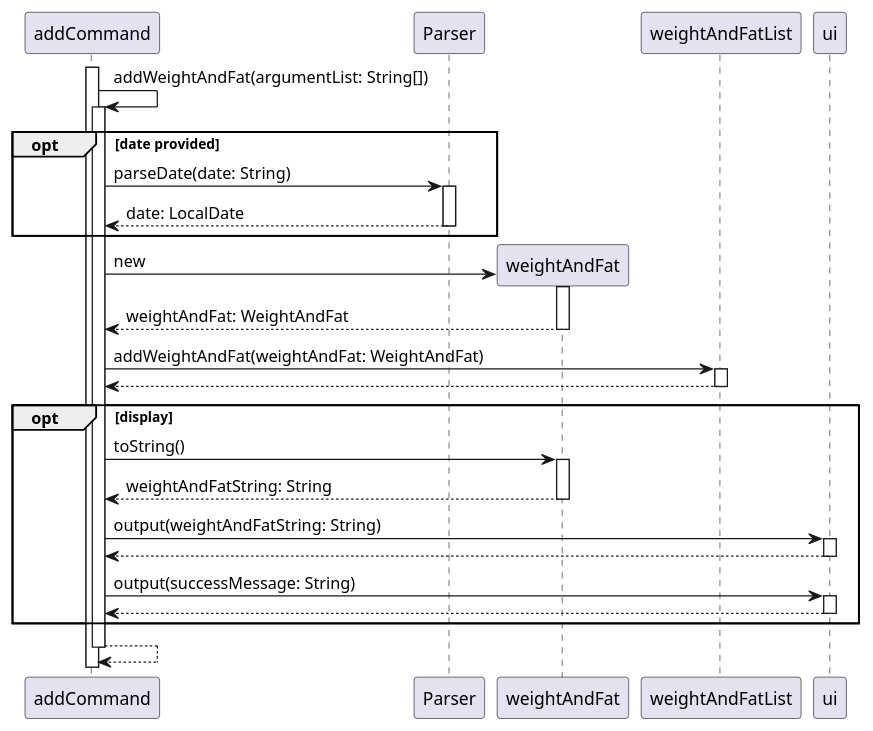
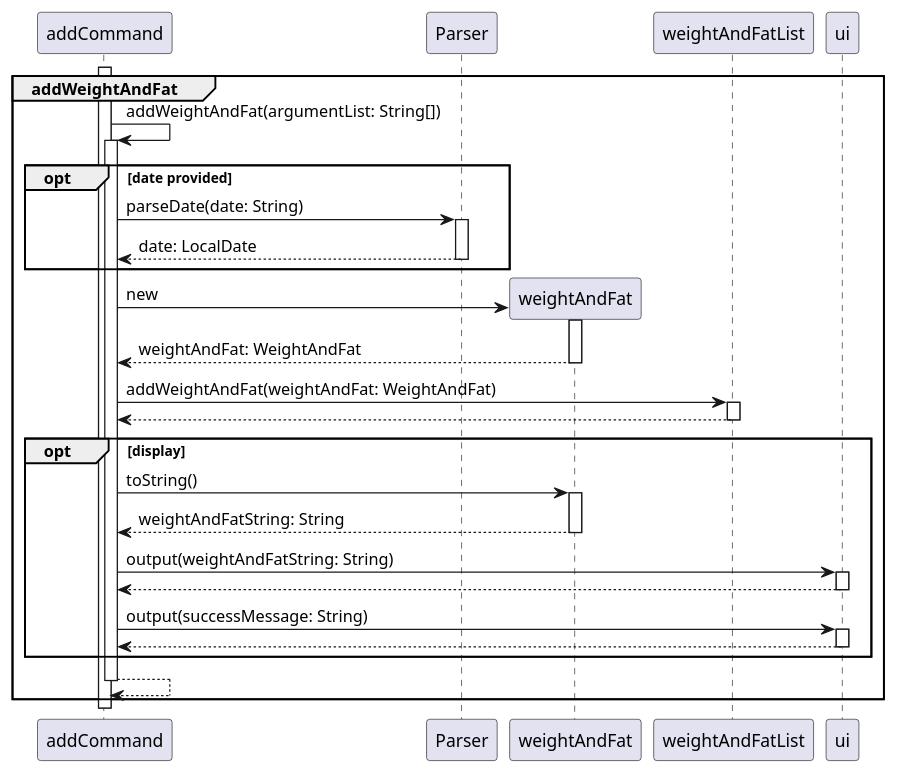
The diagram in docs/UmlDiagrams/AddWeightAndFat.puml (nus-cs2113-AY2223S1/tp), drawn with PlantUML before and after one commit. The commit also changed 15 other files, not shown here.

```diff
--- a/docs/UmlDiagrams/AddWeightAndFat.puml
+++ b/docs/UmlDiagrams/AddWeightAndFat.puml
@@ -1,28 +1,34 @@
 @startuml
 'https://plantuml.com/sequence-diagram
 
 autoactivate on
 
 
 activate addCommand
+group addWeightAndFat
     addCommand -> addCommand: addWeightAndFat(argumentList: String[])
     opt date provided
         addCommand -> Parser: parseDate(date: String)
         return date: LocalDate
     end
     addCommand -> weightAndFat **: new
     activate weightAndFat
     addCommand <-- weightAndFat: weightAndFat: WeightAndFat
     addCommand -> weightAndFatList: addWeightAndFat(weightAndFat: WeightAndFat)
     return
     opt display
         addCommand -> weightAndFat: toString()
         return weightAndFatString: String
         addCommand -> ui: output(weightAndFatString: String)
         return
         addCommand -> ui: output(successMessage: String)
         return
     end
+
 return
 
+end
+
+deactivate addCommand
+
 @enduml
```
